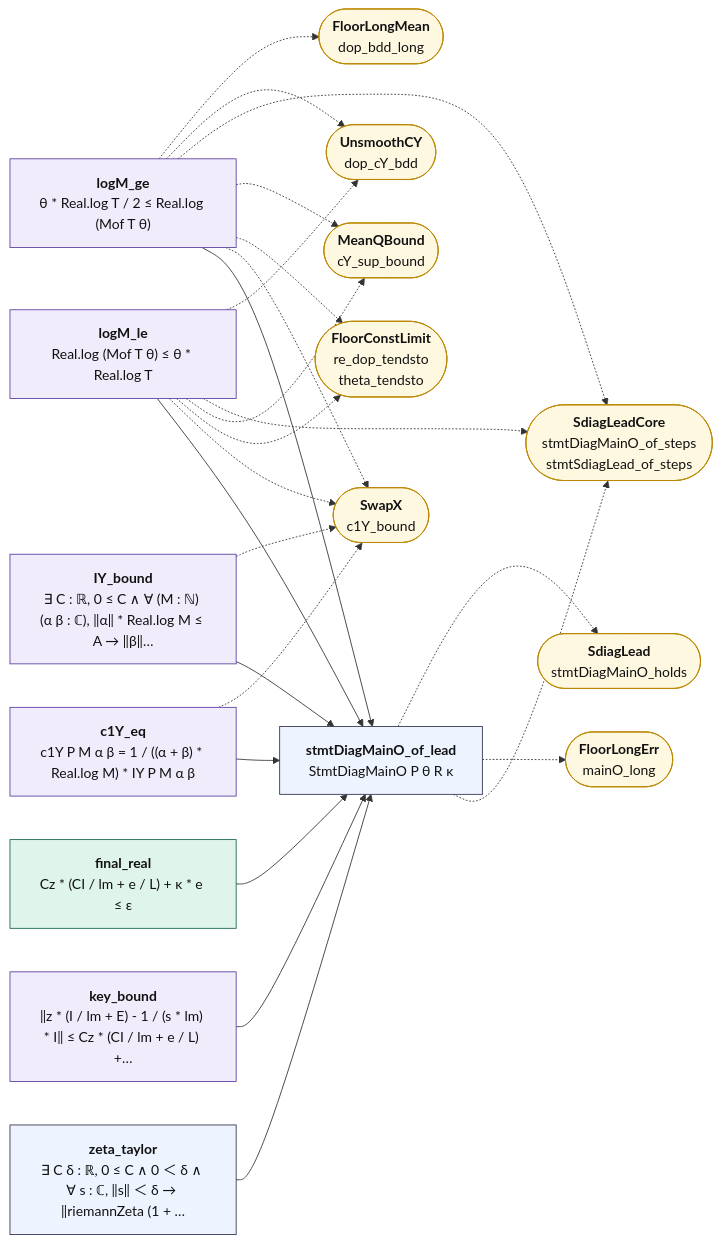
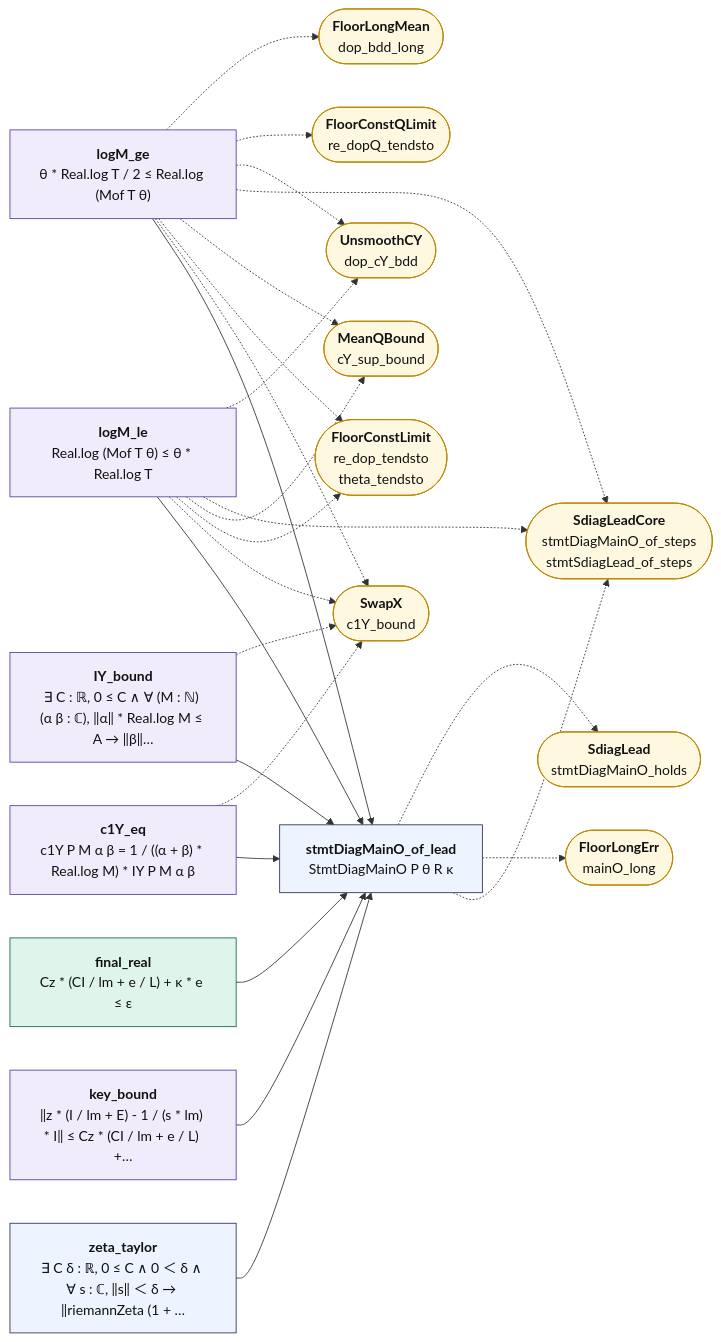
The diagram in map/lean_stage3/DiagMain.mmd (juliansambranojr/Primebeat_081426), drawn with Mermaid before and after one commit. The commit also changed 27 other files, not shown here.

```diff
--- a/map/lean_stage3/DiagMain.mmd
+++ b/map/lean_stage3/DiagMain.mmd
@@ -1,48 +1,50 @@
 flowchart LR
   n0["<b>c1Y_eq</b><br/>c1Y P M α β = 1 / ((α + β) * Real.log M) * IY P M α β"]:::shp
   n1["<b>IY_bound</b><br/>∃ C : ℝ, 0 ≤ C ∧ ∀ (M : ℕ) (α β : ℂ), ‖α‖ * Real.log M ≤ A → ‖β‖…"]:::shp
   n2["<b>zeta_taylor</b><br/>∃ C δ : ℝ, 0 ≤ C ∧ 0 ＜ δ ∧ ∀ s : ℂ, ‖s‖ ＜ δ → ‖riemannZeta (1 + …"]:::thm
   n3["<b>logM_le</b><br/>Real.log (Mof T θ) ≤ θ * Real.log T"]:::shp
   n4["<b>logM_ge</b><br/>θ * Real.log T / 2 ≤ Real.log (Mof T θ)"]:::shp
   n5["<b>key_bound</b><br/>‖z * (I / lm + E) - 1 / (s * lm) * I‖ ≤ Cz * (CI / lm + e / L) +…"]:::shp
   n6["<b>final_real</b><br/>Cz * (CI / lm + e / L) + κ * e ≤ ε"]:::cnt
   n7["<b>stmtDiagMainO_of_lead</b><br/>StmtDiagMainO P θ R κ"]:::thm
   x0(["<b>SwapX</b><br/>c1Y_bound"]):::ext
   x1(["<b>FloorConstLimit</b><br/>re_dop_tendsto<br/>theta_tendsto"]):::ext
   x2(["<b>MeanQBound</b><br/>cY_sup_bound"]):::ext
   x3(["<b>SdiagLeadCore</b><br/>stmtDiagMainO_of_steps<br/>stmtSdiagLead_of_steps"]):::ext
   x4(["<b>UnsmoothCY</b><br/>dop_cY_bdd"]):::ext
-  x5(["<b>FloorLongMean</b><br/>dop_bdd_long"]):::ext
-  x6(["<b>FloorLongErr</b><br/>mainO_long"]):::ext
-  x7(["<b>SdiagLead</b><br/>stmtDiagMainO_holds"]):::ext
+  x5(["<b>FloorConstQLimit</b><br/>re_dopQ_tendsto"]):::ext
+  x6(["<b>FloorLongMean</b><br/>dop_bdd_long"]):::ext
+  x7(["<b>FloorLongErr</b><br/>mainO_long"]):::ext
+  x8(["<b>SdiagLead</b><br/>stmtDiagMainO_holds"]):::ext
   n0 --> n7
   n1 --> n7
   n2 --> n7
   n3 --> n7
   n4 --> n7
   n5 --> n7
   n6 --> n7
   n0 -.-> x0
   n1 -.-> x0
   n3 -.-> x0
   n3 -.-> x1
   n3 -.-> x2
   n3 -.-> x3
   n3 -.-> x4
   n4 -.-> x0
   n4 -.-> x1
   n4 -.-> x2
   n4 -.-> x3
   n4 -.-> x4
   n4 -.-> x5
+  n4 -.-> x6
   n7 -.-> x3
-  n7 -.-> x6
   n7 -.-> x7
+  n7 -.-> x8
   classDef cnt fill:#dff5ec,stroke:#17694a,color:#111
   classDef shp fill:#f1ecfb,stroke:#5b3fa0,color:#111
   classDef rh fill:#ffe5e5,stroke:#c22,color:#111,stroke-width:2px
   classDef thm fill:#eef4ff,stroke:#335,color:#111
   classDef end_ fill:#e7f7e7,stroke:#2a7,color:#111,stroke-width:2px
   classDef lone fill:#fff,stroke:#999,color:#111,stroke-dasharray:4 3
   classDef bad fill:#ffe5e5,stroke:#c22,color:#111,stroke-width:2px
   classDef ext fill:#fff8e1,stroke:#b80,color:#111
```
